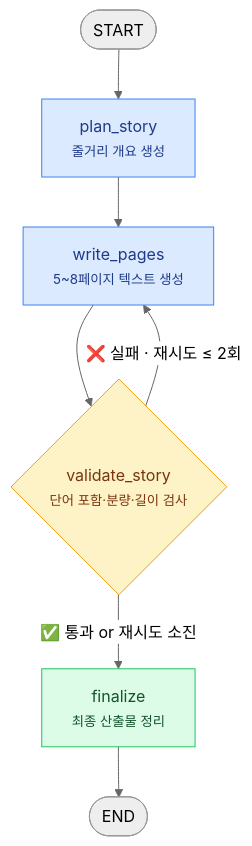
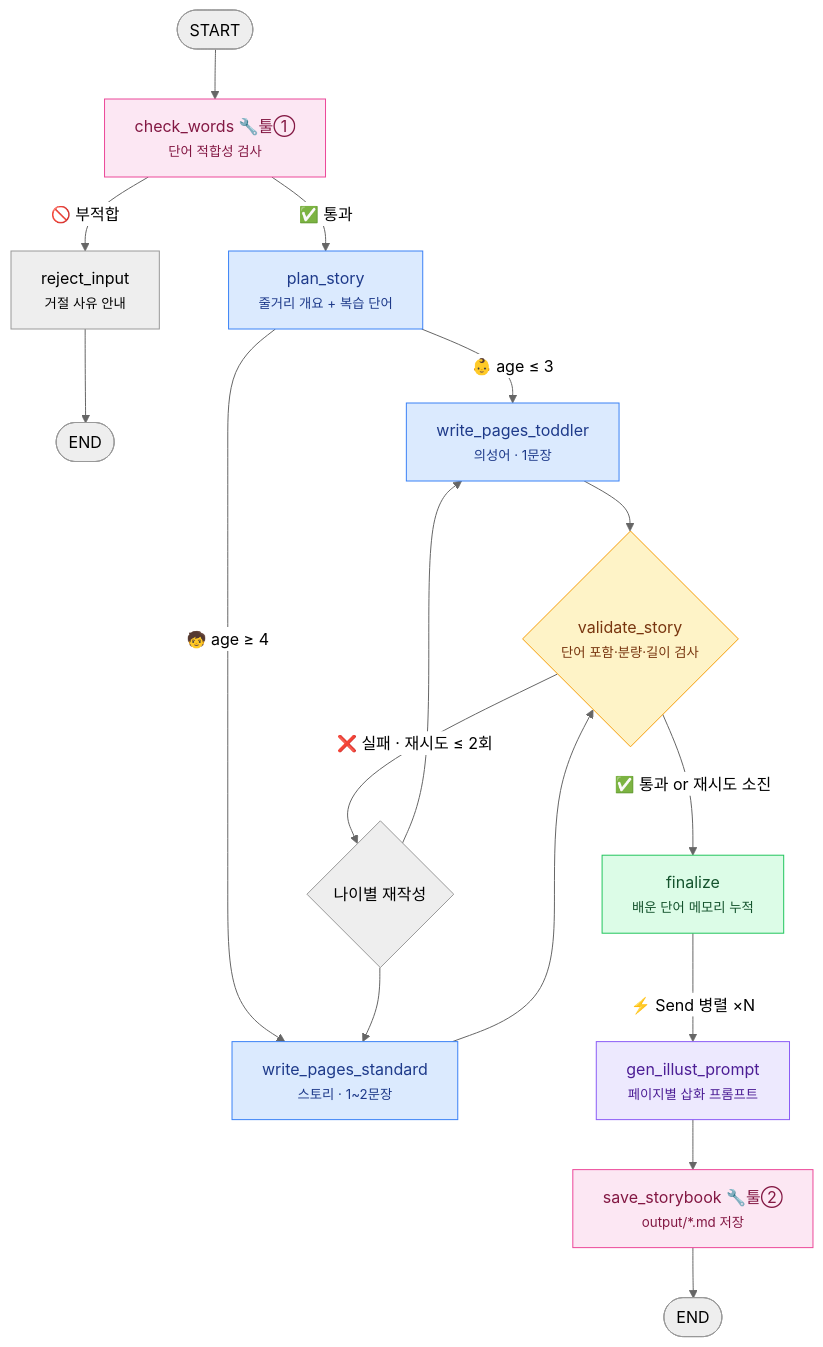
The diagram in project_1/README.md (jang-yean-chul/master-agent), drawn with Mermaid (neutral theme) before and after one commit. The commit also changed other lines of this file and 4 other files, not shown here.

First line of the commit message:
Step 3: WordiTale 툴 연동 + 사용자 입력 분기 + Send 병렬 + 메모리

````diff
--- a/project_1/README.md
+++ b/project_1/README.md
@@ -33,14 +33,24 @@
 ```mermaid
 flowchart TD
-    S([START]) --> A[plan_story<br/><small>줄거리 개요 생성</small>]
-    A --> B[write_pages<br/><small>5~8페이지 텍스트 생성</small>]
-    B --> C{validate_story<br/><small>단어 포함·분량·길이 검사</small>}
-    C -- "❌ 실패 · 재시도 ≤ 2회" --> B
-    C -- "✅ 통과 or 재시도 소진" --> D[finalize<br/><small>최종 산출물 정리</small>]
-    D --> E([END])
+    S([START]) --> T1[check_words 🔧툴①<br/><small>단어 적합성 검사</small>]
+    T1 -- "🚫 부적합" --> R[reject_input<br/><small>거절 사유 안내</small>] --> E1([END])
+    T1 -- "✅ 통과" --> A[plan_story<br/><small>줄거리 개요 + 복습 단어</small>]
+    A -- "👶 age ≤ 3" --> B1[write_pages_toddler<br/><small>의성어 · 1문장</small>]
+    A -- "🧒 age ≥ 4" --> B2[write_pages_standard<br/><small>스토리 · 1~2문장</small>]
+    B1 --> C{validate_story<br/><small>단어 포함·분량·길이 검사</small>}
+    B2 --> C
+    C -- "❌ 실패 · 재시도 ≤ 2회" --> A2{나이별 재작성} --> B1 & B2
+    C -- "✅ 통과 or 재시도 소진" --> D[finalize<br/><small>배운 단어 메모리 누적</small>]
+    D -- "⚡ Send 병렬 ×N" --> P[gen_illust_prompt<br/><small>페이지별 삽화 프롬프트</small>]
+    P --> T2[save_storybook 🔧툴②<br/><small>output/*.md 저장</small>]
+    T2 --> E2([END])
 
+    style T1 fill:#fce7f3,stroke:#ec4899,color:#831843
+    style T2 fill:#fce7f3,stroke:#ec4899,color:#831843
     style A fill:#dbeafe,stroke:#3b82f6,color:#1e3a8a
-    style B fill:#dbeafe,stroke:#3b82f6,color:#1e3a8a
+    style B1 fill:#dbeafe,stroke:#3b82f6,color:#1e3a8a
+    style B2 fill:#dbeafe,stroke:#3b82f6,color:#1e3a8a
     style C fill:#fef3c7,stroke:#f59e0b,color:#78350f
+    style P fill:#ede9fe,stroke:#8b5cf6,color:#4c1d95
     style D fill:#dcfce7,stroke:#22c55e,color:#14532d
 ```
````
